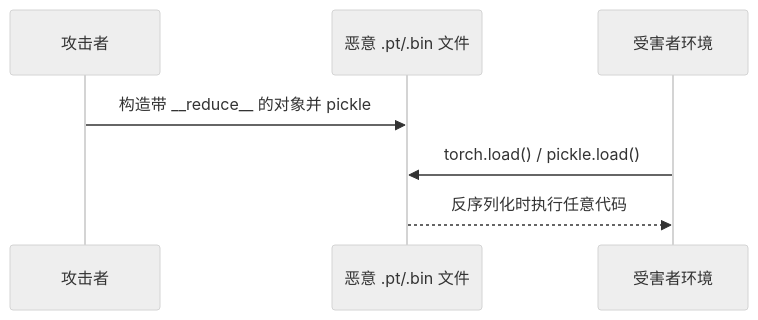
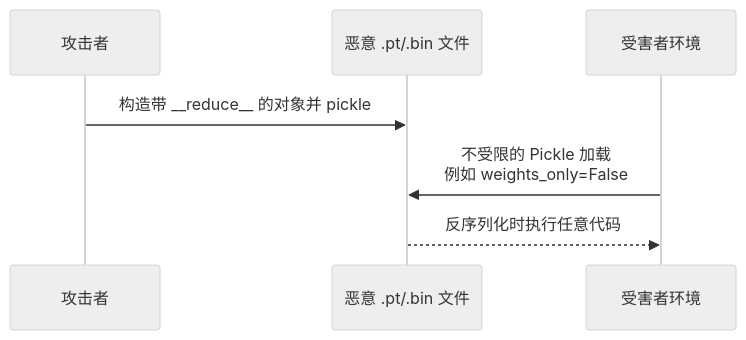
The second of 2 diagrams in docs/safety/03-data-model-supply-chain/05-model-supply-chain-serialization-risks.md (oneleaveknowsthefall/awesome-ai-roadmap), drawn with Mermaid (neutral theme) before and after one commit. The commit also changed other lines of this file and 26 other files, not shown here.

````diff
--- a/docs/safety/03-data-model-supply-chain/05-model-supply-chain-serialization-risks.md
+++ b/docs/safety/03-data-model-supply-chain/05-model-supply-chain-serialization-risks.md
@@ -36,9 +42,9 @@
 ```mermaid
 sequenceDiagram
     participant A as 攻击者
     participant F as 恶意 .pt/.bin 文件
     participant V as 受害者环境
     A->>F: 构造带 __reduce__ 的对象并 pickle
-    V->>F: torch.load() / pickle.load()
+    V->>F: 不受限的 Pickle 加载<br/>例如 weights_only=False
     F-->>V: 反序列化时执行任意代码
 ```
````
